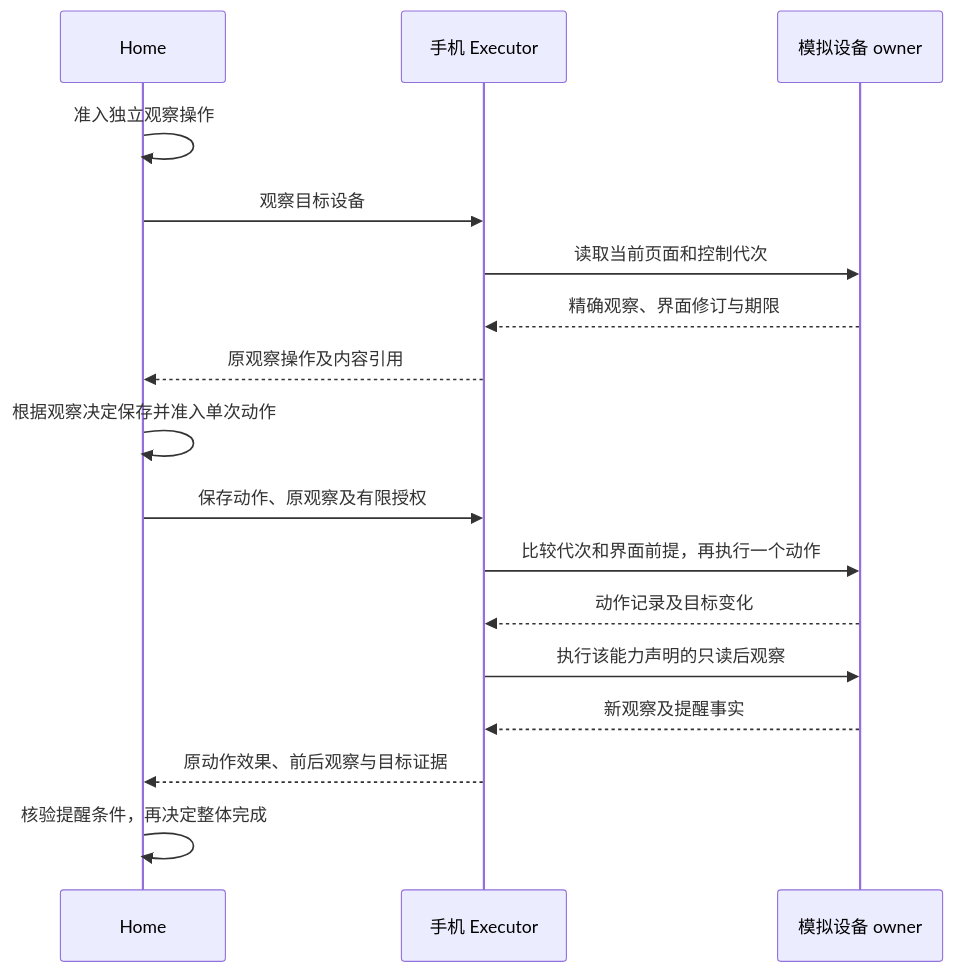
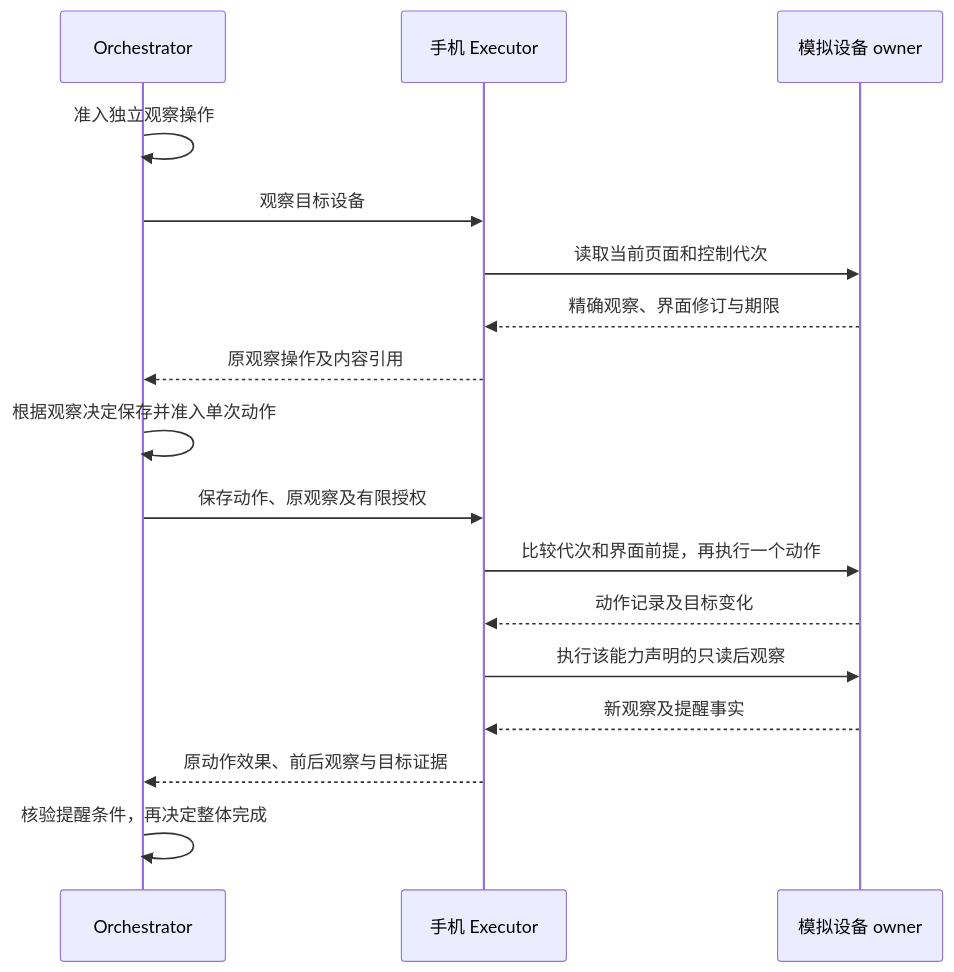
Before and after one commit to ruipengliu/lerna: the second of 3 diagrams in docs/architecture/walkthrough.md, drawn with Mermaid. The commit also changed other lines of this file and 174 other files, not shown here.

````diff
--- a/docs/architecture/walkthrough.md
+++ b/docs/architecture/walkthrough.md
@@ -67,19 +67,19 @@
 ```mermaid
 sequenceDiagram
-    participant H as Home
+    participant H as Orchestrator
     participant E as 手机 Executor
     participant D as 模拟设备 owner
     H->>H: 准入独立观察操作
     H->>E: 观察目标设备
     E->>D: 读取当前页面和控制代次
     D-->>E: 精确观察、界面修订与期限
     E-->>H: 原观察操作及内容引用
     H->>H: 根据观察决定保存并准入单次动作
     H->>E: 保存动作、原观察及有限授权
     E->>D: 比较代次和界面前提，再执行一个动作
     D-->>E: 动作记录及目标变化
     E->>D: 执行该能力声明的只读后观察
     D-->>E: 新观察及提醒事实
     E-->>H: 原动作效果、前后观察与目标证据
     H->>H: 核验提醒条件，再决定整体完成
 ```
````
